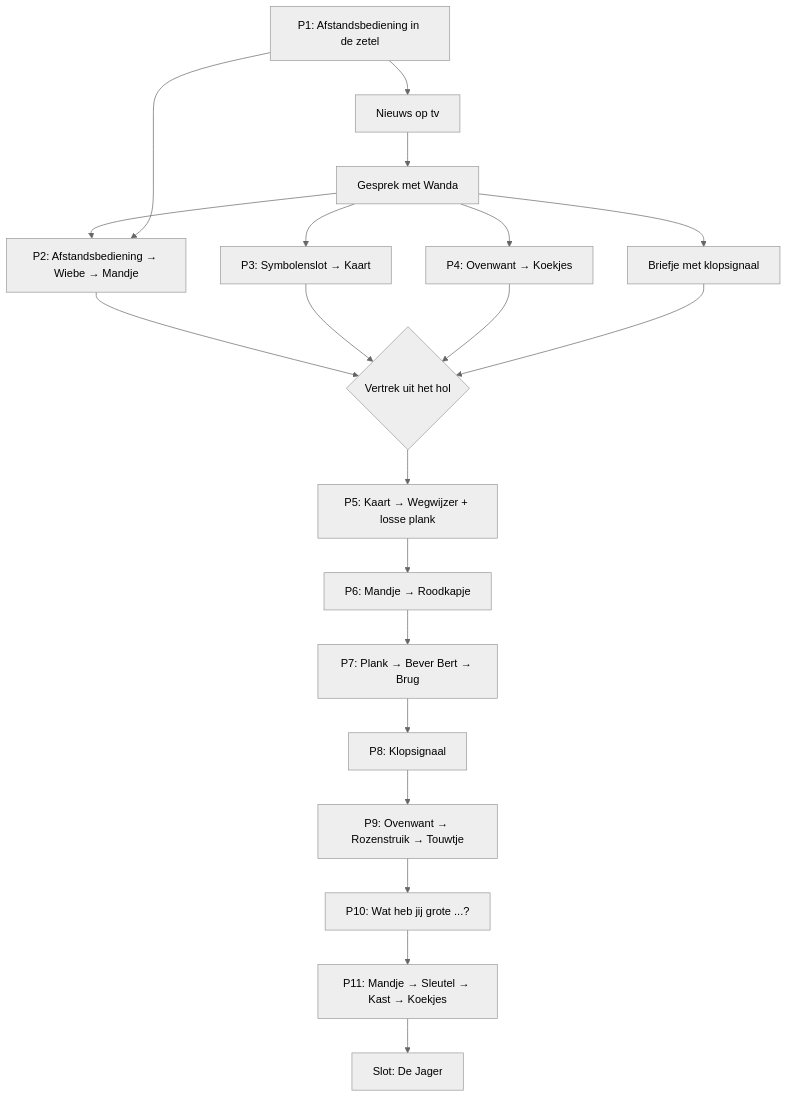
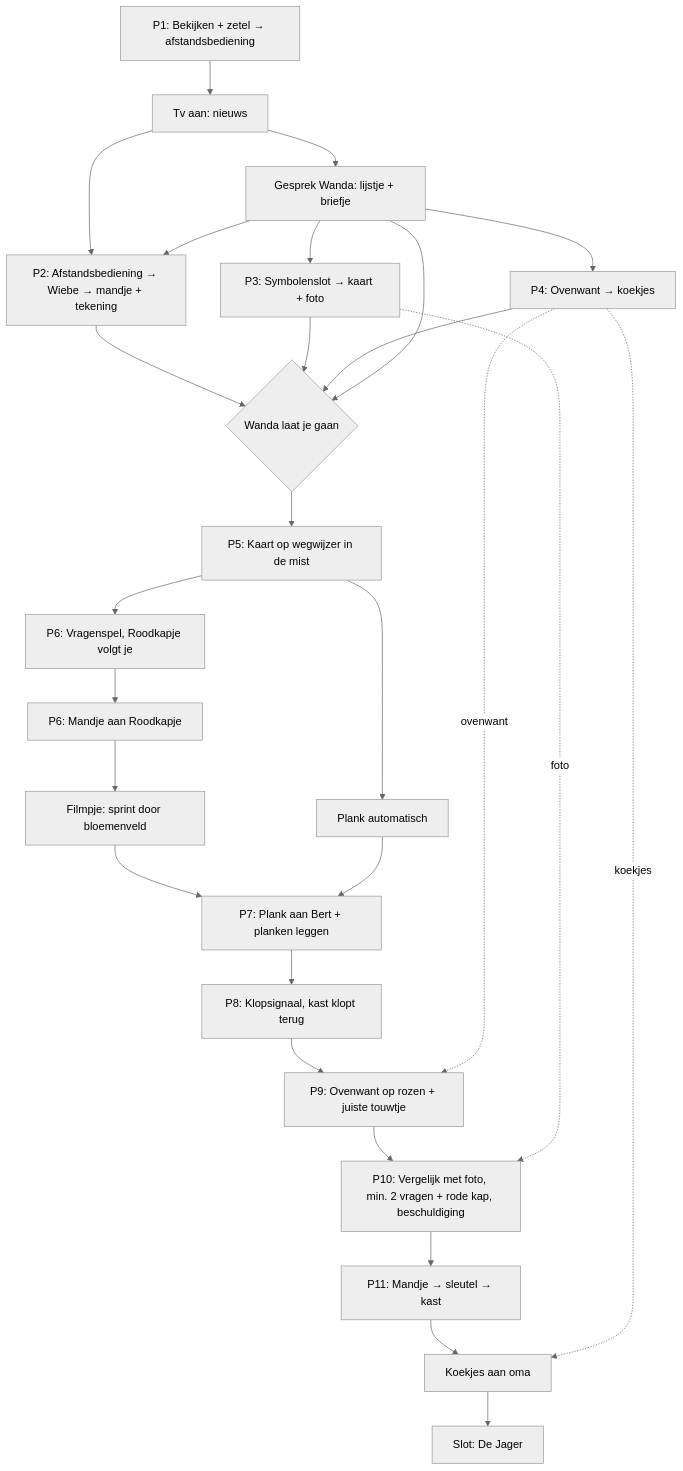
The diagram in README.md (slimmii/fairly-odd-stories), drawn with Mermaid (neutral theme) before and after one commit. The commit also changed other lines of this file and 3 other files, not shown here.

````diff
--- a/README.md
+++ b/README.md
@@ -271,22 +356,29 @@
 ```mermaid
 flowchart TD
-    P1[P1: Afstandsbediening in de zetel] --> NEWS[Nieuws op tv]
-    NEWS --> WANDA[Gesprek met Wanda]
-    WANDA --> P2[P2: Afstandsbediening → Wiebe → Mandje]
-    WANDA --> P3[P3: Symbolenslot → Kaart]
-    WANDA --> P4[P4: Ovenwant → Koekjes]
-    WANDA --> NOTE[Briefje met klopsignaal]
-    P1 --> P2
-    P2 --> LEAVE{Vertrek uit het hol}
+    P1["P1: Bekijken + zetel → afstandsbediening"] --> NEWS["Tv aan: nieuws"]
+    NEWS --> WANDA["Gesprek Wanda: lijstje + briefje"]
+    NEWS --> P2["P2: Afstandsbediening → Wiebe → mandje + tekening"]
+    WANDA --> P2
+    WANDA --> P3["P3: Symbolenslot → kaart + foto"]
+    WANDA --> P4["P4: Ovenwant → koekjes"]
+    P2 --> LEAVE{"Wanda laat je gaan"}
     P3 --> LEAVE
     P4 --> LEAVE
-    NOTE --> LEAVE
-    LEAVE --> P5[P5: Kaart → Wegwijzer + losse plank]
-    P5 --> P6[P6: Mandje → Roodkapje]
-    P6 --> P7[P7: Plank → Bever Bert → Brug]
-    P7 --> P8[P8: Klopsignaal]
-    P8 --> P9[P9: Ovenwant → Rozenstruik → Touwtje]
-    P9 --> P10[P10: Wat heb jij grote ...?]
-    P10 --> P11[P11: Mandje → Sleutel → Kast → Koekjes]
-    P11 --> END[Slot: De Jager]
+    WANDA --> LEAVE
+    LEAVE --> P5["P5: Kaart op wegwijzer in de mist"]
+    P5 --> PLANK["Plank automatisch"]
+    P5 --> P6a["P6: Vragenspel, Roodkapje volgt je"]
+    P6a --> P6b["P6: Mandje aan Roodkapje"]
+    P6b --> RACE["Filmpje: sprint door bloemenveld"]
+    RACE --> P7["P7: Plank aan Bert + planken leggen"]
+    PLANK --> P7
+    P7 --> P8["P8: Klopsignaal, kast klopt terug"]
+    P8 --> P9["P9: Ovenwant op rozen + juiste touwtje"]
+    P4 -. ovenwant .-> P9
+    P9 --> P10["P10: Vergelijk met foto, min. 2 vragen + rode kap, beschuldiging"]
+    P3 -. foto .-> P10
+    P10 --> P11a["P11: Mandje → sleutel → kast"]
+    P11a --> P11b["Koekjes aan oma"]
+    P4 -. koekjes .-> P11b
+    P11b --> END["Slot: De Jager"]
 ```
````
